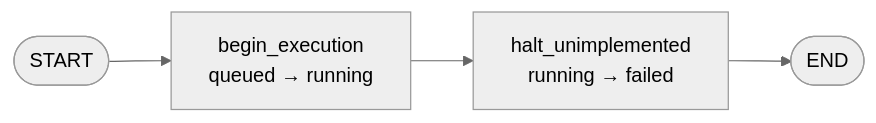
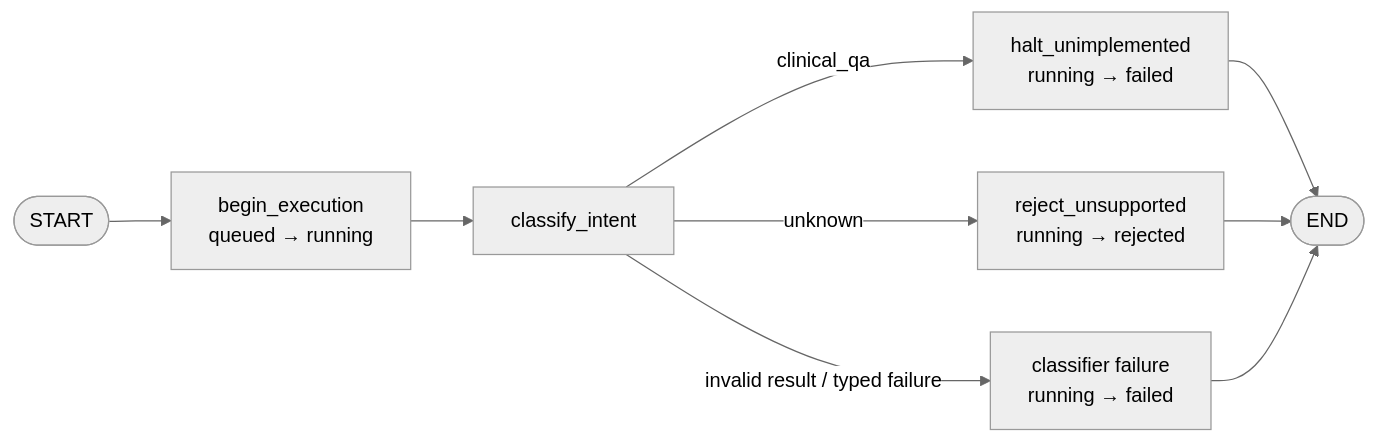
Before and after one commit to sanket-nawghare/langchain-poc: the third of 5 diagrams in docs/ARCHITECTURE.md, drawn with Mermaid (neutral theme). The commit also changed other lines of this file and 14 other files, not shown here.

````diff
--- a/docs/ARCHITECTURE.md
+++ b/docs/ARCHITECTURE.md
@@ -75,9 +75,15 @@
 ```mermaid
 flowchart LR
     Start(["START"])
     Begin["begin_execution<br/>queued → running"]
+    Classify["classify_intent"]
+    Reject["reject_unsupported<br/>running → rejected"]
     Halt["halt_unimplemented<br/>running → failed"]
+    Failed["classifier failure<br/>running → failed"]
     End(["END"])
 
-    Start --> Begin --> Halt --> End
+    Start --> Begin --> Classify
+    Classify -->|"clinical_qa"| Halt --> End
+    Classify -->|"unknown"| Reject --> End
+    Classify -->|"invalid result / typed failure"| Failed --> End
 ```
````
